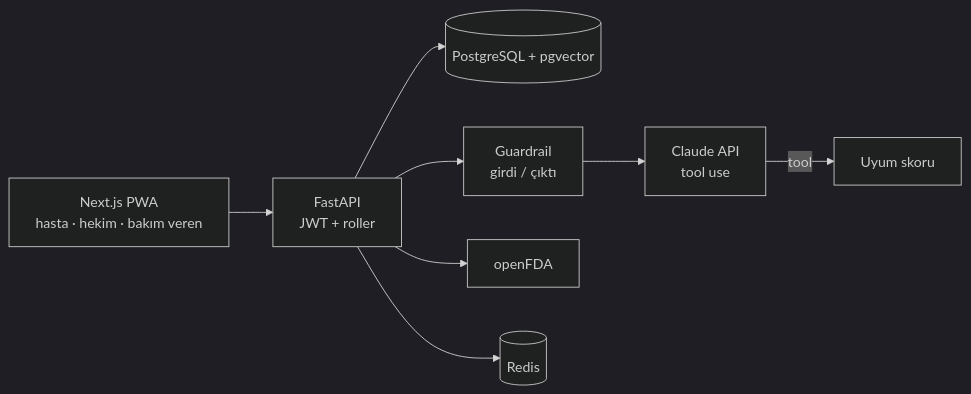
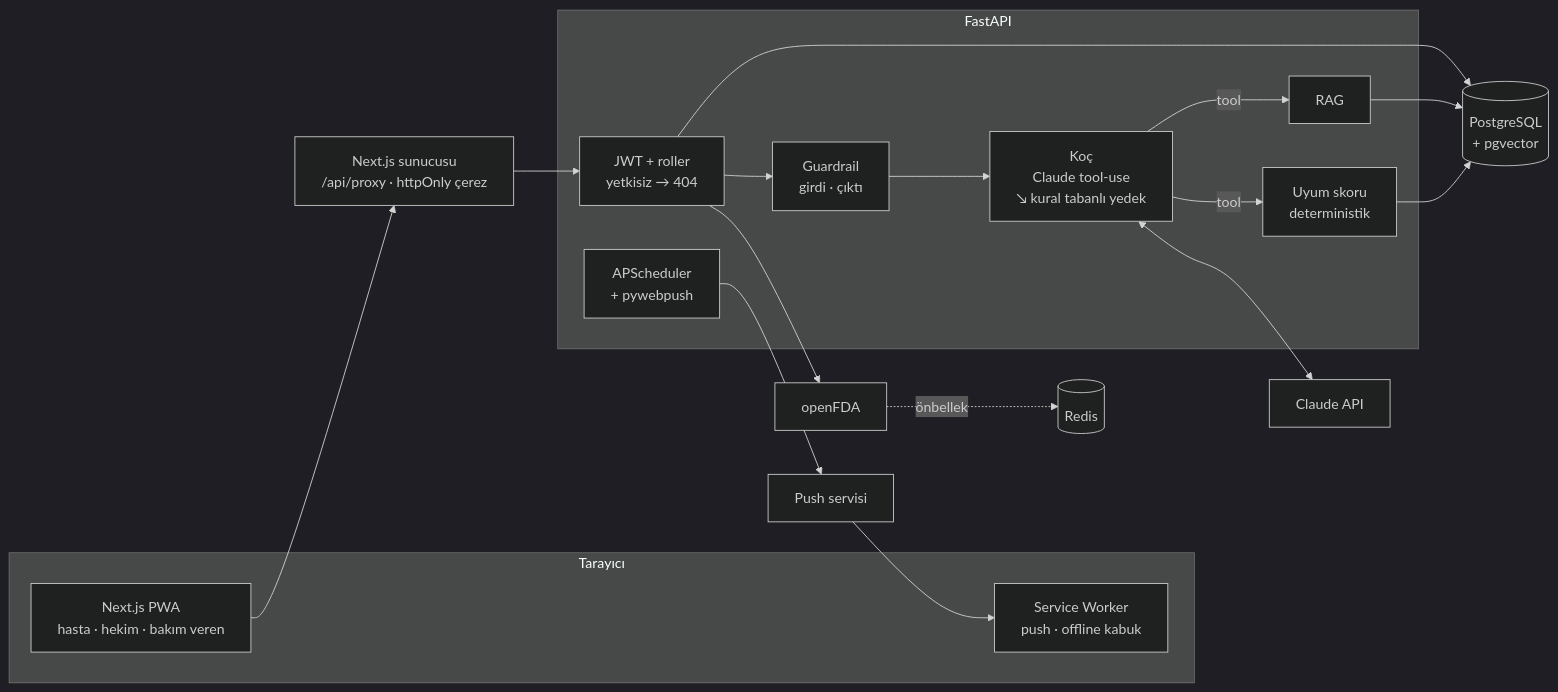
One commit to Nisagwn/ilac-kocu changed the diagram in README.md. Above: the diagram before and after it, drawn with Mermaid (dark theme). The commit also changed other lines of this file and 33 other files, not shown here.

````diff
--- a/README.md
+++ b/README.md
@@ -42,10 +97,29 @@
 ```mermaid
 flowchart LR
-    PWA[Next.js PWA<br/>hasta · hekim · bakım veren] --> API[FastAPI<br/>JWT + roller]
-    API --> DB[(PostgreSQL + pgvector)]
-    API --> GR[Guardrail<br/>girdi / çıktı]
-    GR --> LLM[Claude API<br/>tool use]
-    LLM -- tool --> ADH[Uyum skoru]
-    API --> FDA[openFDA]
-    API --> R[(Redis)]
+    subgraph C["Tarayıcı"]
+        PWA["Next.js PWA<br/>hasta · hekim · bakım veren"]
+        SW["Service Worker<br/>push · offline kabuk"]
+    end
+    PX["Next.js sunucusu<br/>/api/proxy · httpOnly çerez"]
+    subgraph B["FastAPI"]
+        RB["JWT + roller<br/>yetkisiz → 404"]
+        GR["Guardrail<br/>girdi · çıktı"]
+        CO["Koç<br/>Claude tool-use<br/>↘ kural tabanlı yedek"]
+        AD["Uyum skoru<br/>deterministik"]
+        RG["RAG"]
+        SC["APScheduler<br/>+ pywebpush"]
+    end
+    DB[("PostgreSQL<br/>+ pgvector")]
+    RD[("Redis")]
+    LLM["Claude API"]
+    FDA["openFDA"]
+    WP["Push servisi"]
+
+    PWA --> PX --> RB
+    RB --> GR --> CO
+    CO <--> LLM
+    CO -->|tool| AD & RG
+    AD & RG & RB --> DB
+    RB --> FDA -.önbellek.-> RD
+    SC --> WP --> SW
 ```
````
